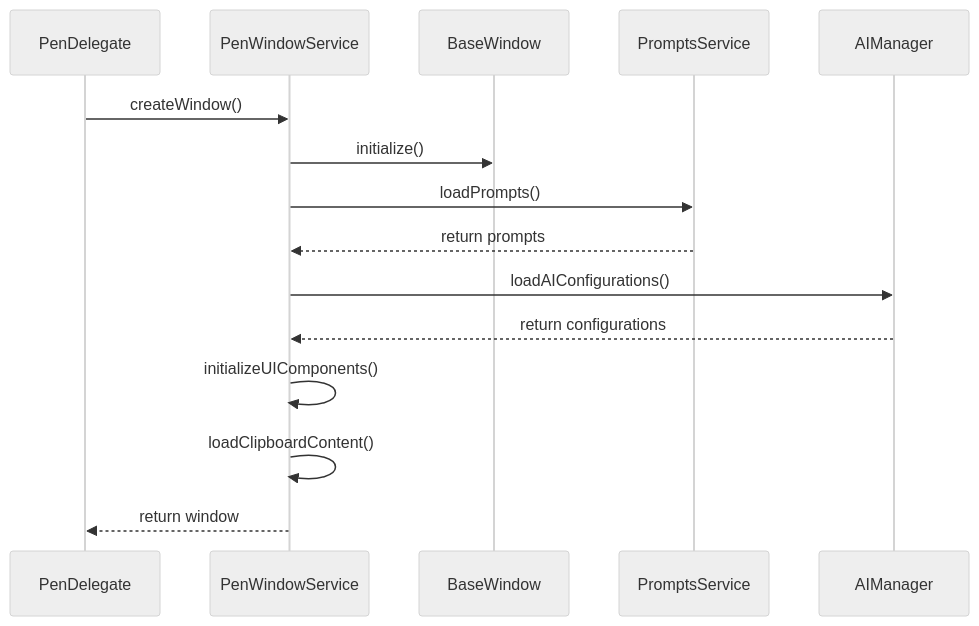
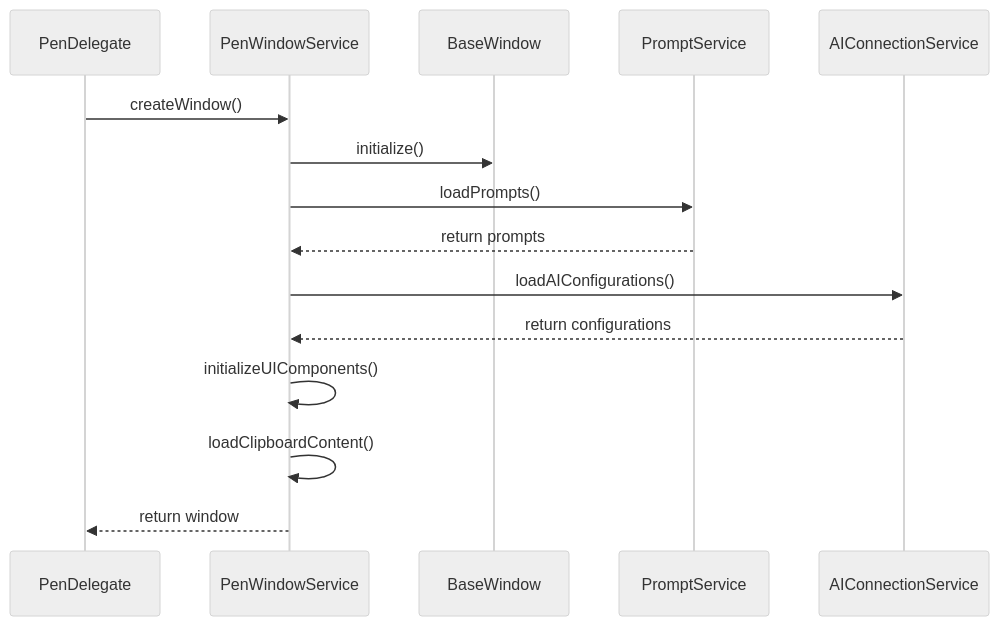
The second of 4 diagrams in Docs/Pen-Window/design-pen-window-service.md (ethanhuangcst/pen.lite), drawn with Mermaid (neutral theme) before and after one commit. The commit also changed other lines of this file and 19 other files, not shown here.

First line of the commit message:
docs: update remaining documentation for offline-first architecture

````diff
--- a/Docs/Pen-Window/design-pen-window-service.md
+++ b/Docs/Pen-Window/design-pen-window-service.md
@@ -167,18 +166,18 @@
 ```mermaid
 sequenceDiagram
     participant PD as PenDelegate
     participant PWS as PenWindowService
     participant BW as BaseWindow
-    participant PS as PromptsService
-    participant AM as AIManager
+    participant PS as PromptService
+    participant AM as AIConnectionService
     
     PD->>PWS: createWindow()
     PWS->>BW: initialize()
     PWS->>PS: loadPrompts()
     PS-->>PWS: return prompts
     PWS->>AM: loadAIConfigurations()
     AM-->>PWS: return configurations
     PWS->>PWS: initializeUIComponents()
     PWS->>PWS: loadClipboardContent()
     PWS-->>PD: return window
 ```
````
